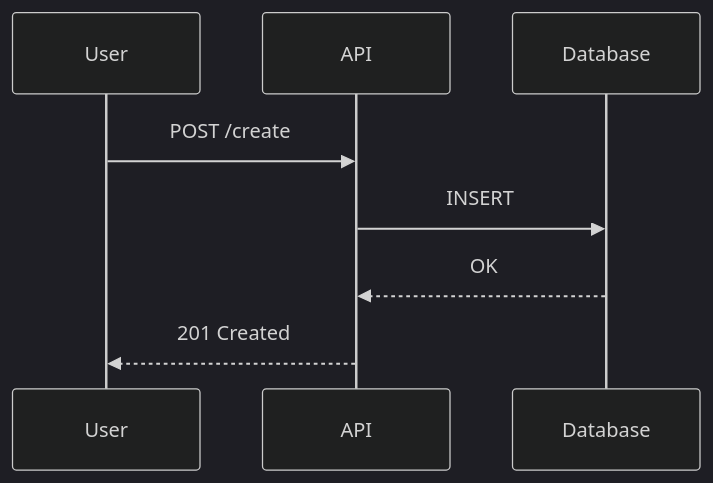
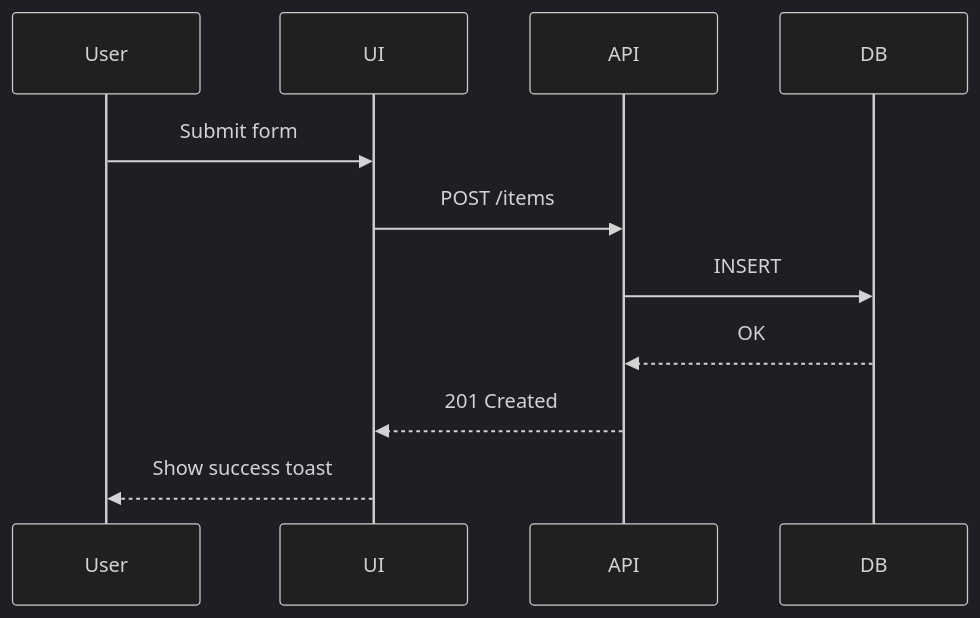
The second of 4 diagrams in test/content/posts/blog/mermaid-demo.md (jiraguha/my-personal-website), drawn with Mermaid (dark theme) before and after one commit. The commit also changed other lines of this file and 16 other files, not shown here.

````diff
--- a/test/content/posts/blog/mermaid-demo.md
+++ b/test/content/posts/blog/mermaid-demo.md
@@ -26,10 +26,14 @@
 ```mermaid
 sequenceDiagram
-  participant U as User
-  participant A as API
-  participant DB as Database
-  U->>A: POST /create
-  A->>DB: INSERT
-  DB-->>A: OK
-  A-->>U: 201 Created
+  participant User
+  participant UI
+  participant API
+  participant DB
+
+  User->>UI: Submit form
+  UI->>API: POST /items
+  API->>DB: INSERT
+  DB-->>API: OK
+  API-->>UI: 201 Created
+  UI-->>User: Show success toast
 ```
````
